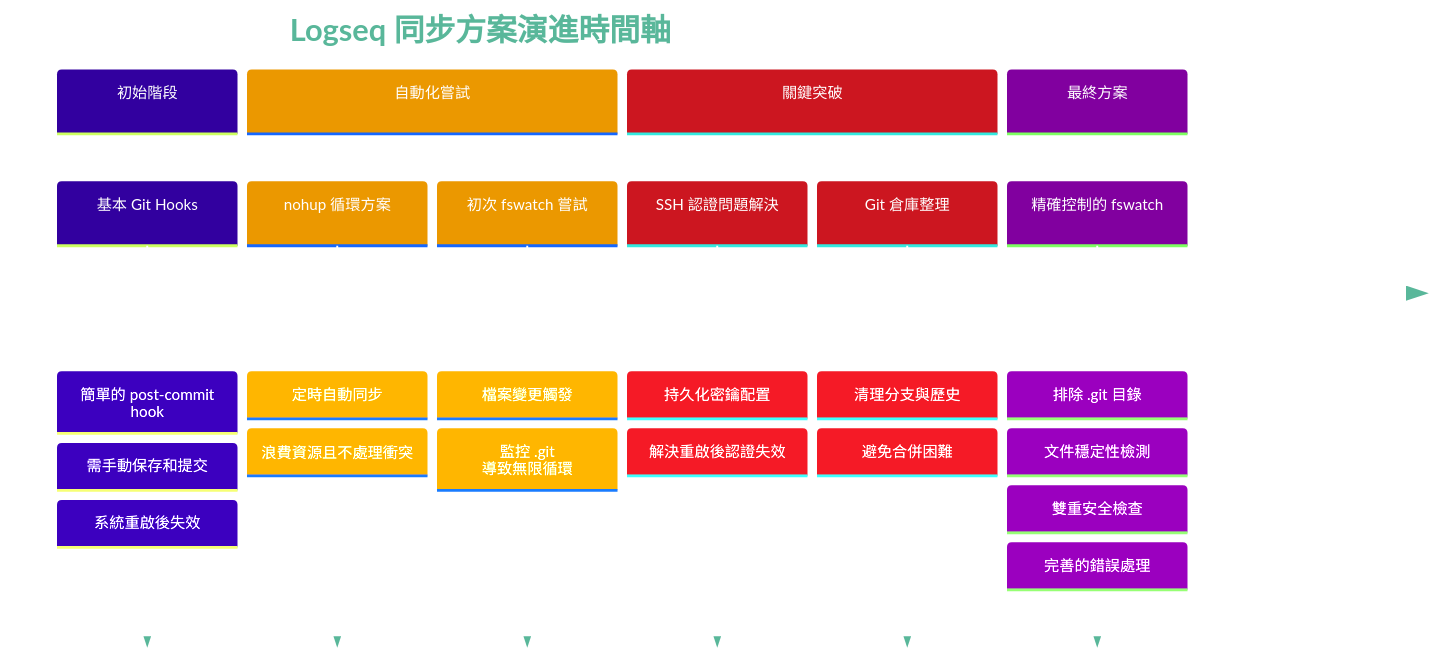
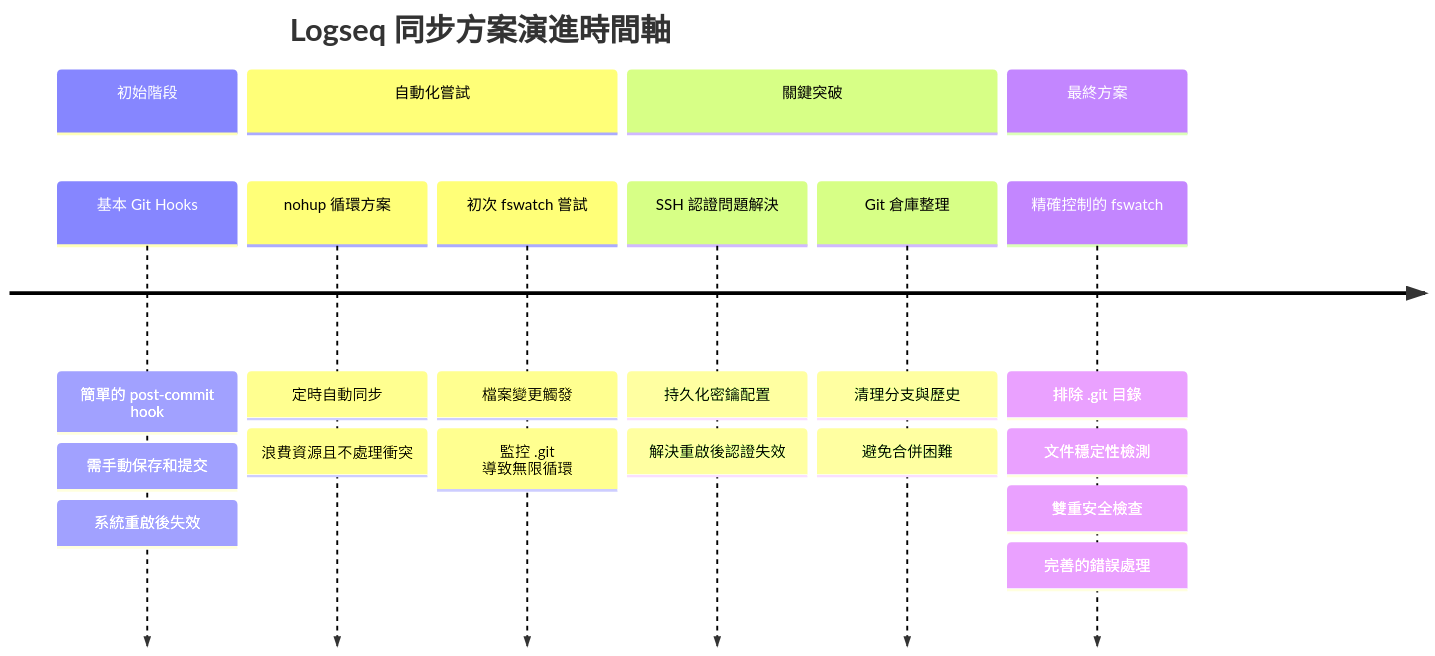
Before and after one commit to GengGeng026/Sync-Logseq: the first of 2 diagrams in Logseq同步方案演進記錄.md, drawn with Mermaid.

Commit message:
Auto-sync: Wed Mar 26 09:35:33 +08 2025

````diff
--- a/Logseq同步方案演進記錄.md
+++ b/Logseq同步方案演進記錄.md
@@ -24,41 +24,40 @@
 ```mermaid
 %%{init: {
   'theme': 'base', 
   'themeVariables': {
     'primaryColor': '#651FFF',
     'primaryTextColor': '#FFFFFF',
     'primaryBorderColor': '#59B79A',
     'lineColor': '#C792EA',
     'secondaryColor': '#FFCB6B',
     'tertiaryColor': '#F07178',
     'background': 'transparent',
     'textColor': '#59B79A',
     'mainBkg': '#273747',
     'nodeBorder': '#59B79A',
     'clusterBkg': 'transparent',
-    'edgeLabelBackground': '#21252B'
   }
 }}%%
 
 timeline
     title Logseq 同步方案演進時間軸
     section 初始階段
         基本 Git Hooks : 簡單的 post-commit hook
         : 需手動保存和提交
         : 系統重啟後失效
     section 自動化嘗試
         nohup 循環方案 : 定時自動同步
         : 浪費資源且不處理衝突
         初次 fswatch 嘗試 : 檔案變更觸發
         : 監控 .git 導致無限循環
     section 關鍵突破
         SSH 認證問題解決 : 持久化密鑰配置
         : 解決重啟後認證失效
         Git 倉庫整理 : 清理分支與歷史
         : 避免合併困難
     section 最終方案
         精確控制的 fswatch : 排除 .git 目錄
         : 文件穩定性檢測
         : 雙重安全檢查
         : 完善的錯誤處理
 ```
````
